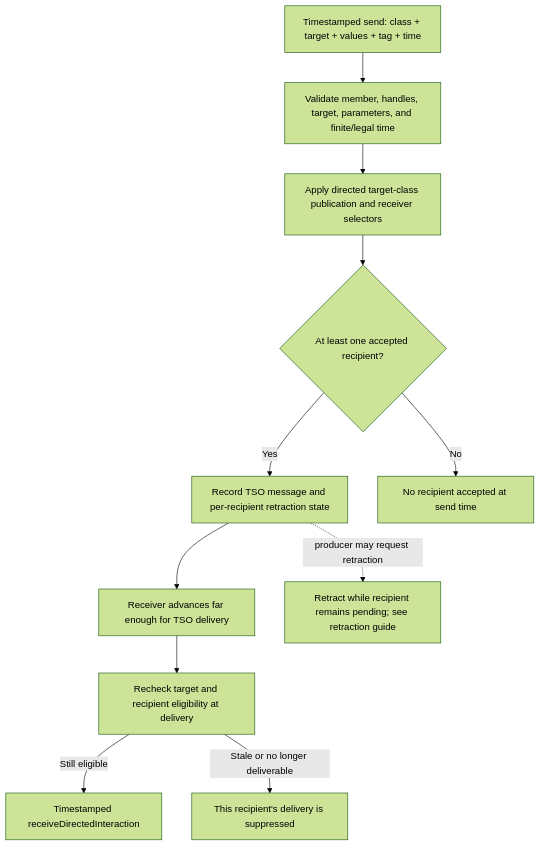
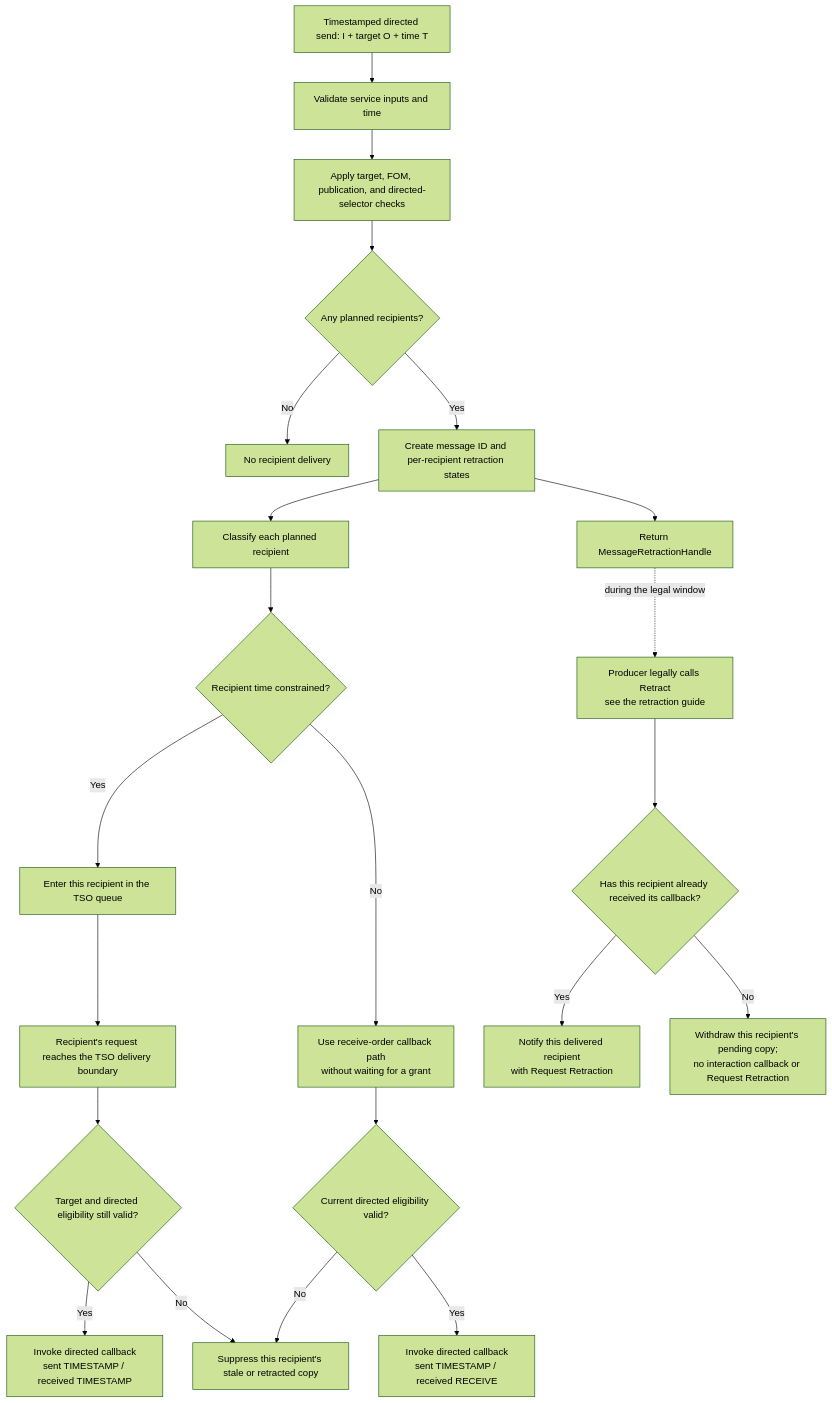
The sixth of 8 diagrams in docs/design/HLA-2025-DIRECTED-INTERACTION-FLOW-GUIDE.md (sheepfling/umbra), drawn with Mermaid (forest theme) before and after one commit. The commit also changed other lines of this file and 822 other files, not shown here.

````diff
--- a/docs/design/HLA-2025-DIRECTED-INTERACTION-FLOW-GUIDE.md
+++ b/docs/design/HLA-2025-DIRECTED-INTERACTION-FLOW-GUIDE.md
@@ -230,21 +327,38 @@
 ```mermaid
 flowchart TD
-  Call[Timestamped send: class + target + values + tag + time]
-  Validate[Validate member, handles, target, parameters, and finite/legal time]
-  Route[Apply directed target-class publication and receiver selectors]
-  Fanout{At least one accepted recipient?}
-  Queue[Record TSO message and per-recipient retraction state]
-  NoRecipient[No recipient accepted at send time]
-  Suppressed[This recipient's delivery is suppressed]
-  Grant[Receiver advances far enough for TSO delivery]
-  Recheck[Recheck target and recipient eligibility at delivery]
-  Callback[Timestamped receiveDirectedInteraction]
-  Retract[Retract while recipient remains pending; see retraction guide]
-  Call --> Validate --> Route --> Fanout
-  Fanout -->|No| NoRecipient
-  Fanout -->|Yes| Queue
-  Queue --> Grant --> Recheck
-  Recheck -->|Still eligible| Callback
-  Recheck -->|Stale or no longer deliverable| Suppressed
-  Queue -. producer may request retraction .-> Retract
+  Call[Timestamped directed send: I + target O + time T]
+  Validate[Validate service inputs and time]
+  Plan[Apply target, FOM, publication, and directed-selector checks]
+  Any{Any planned recipients?}
+  None[No recipient delivery]
+  Ledger[Create message ID and per-recipient retraction states]
+  Handle[Return MessageRetractionHandle]
+  Recipient[Classify each planned recipient]
+  Constrained{Recipient time constrained?}
+  Queue[Enter this recipient in the TSO queue]
+  Grant[Recipient's request reaches the TSO delivery boundary]
+  TsoCheck{Target and directed eligibility still valid?}
+  TsoCallback[Invoke directed callback<br/>sent TIMESTAMP / received TIMESTAMP]
+  ReceiveOrder[Use receive-order callback path<br/>without waiting for a grant]
+  RoCheck{Current directed eligibility valid?}
+  RoCallback[Invoke directed callback<br/>sent TIMESTAMP / received RECEIVE]
+  Suppressed[Suppress this recipient's stale or retracted copy]
+  Retract[Producer legally calls Retract<br/>see the retraction guide]
+  Delivered{Has this recipient already received its callback?}
+  RequestRetraction[Notify this delivered recipient<br/>with Request Retraction]
+  RemovePending[Withdraw this recipient's pending copy;<br/>no interaction callback or Request Retraction]
+  Call --> Validate --> Plan --> Any
+  Any -->|No| None
+  Any -->|Yes| Ledger
+  Ledger --> Handle
+  Ledger --> Recipient --> Constrained
+  Constrained -->|Yes| Queue --> Grant --> TsoCheck
+  TsoCheck -->|Yes| TsoCallback
+  TsoCheck -->|No| Suppressed
+  Constrained -->|No| ReceiveOrder --> RoCheck
+  RoCheck -->|Yes| RoCallback
+  RoCheck -->|No| Suppressed
+  Handle -. during the legal window .-> Retract --> Delivered
+  Delivered -->|Yes| RequestRetraction
+  Delivered -->|No| RemovePending
 ```
````
